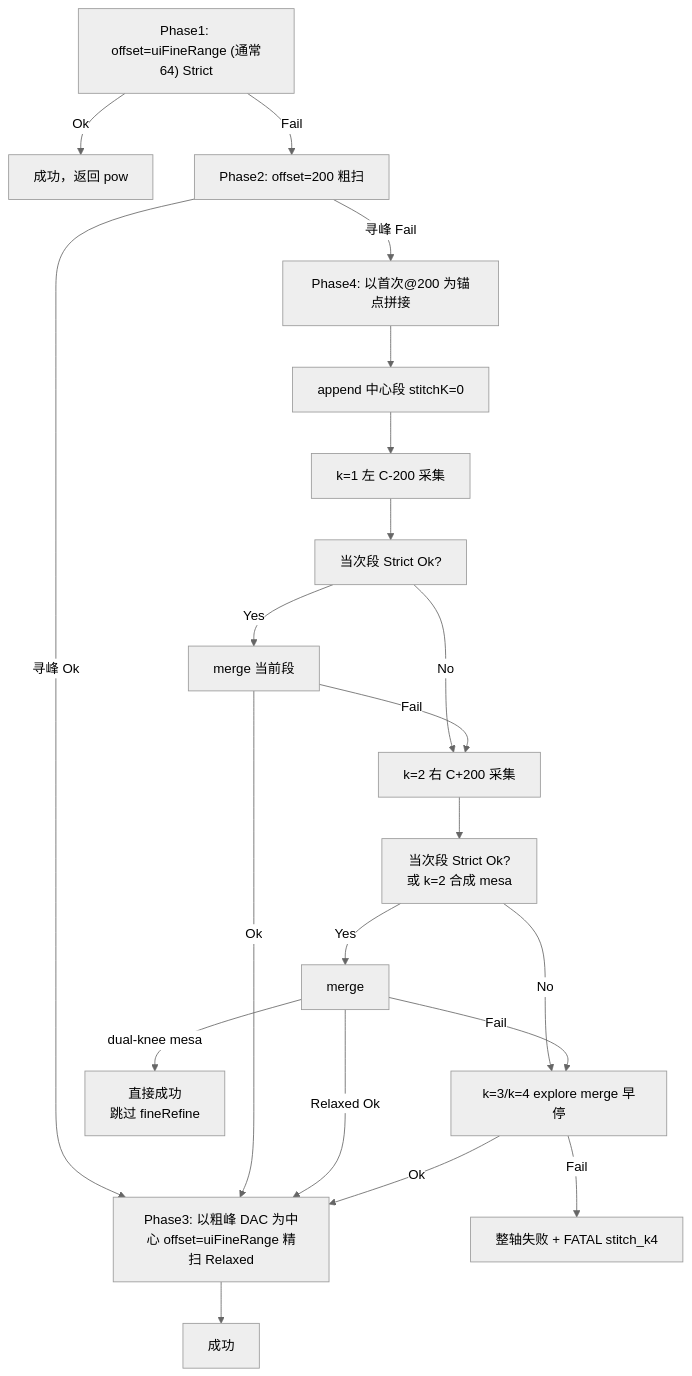
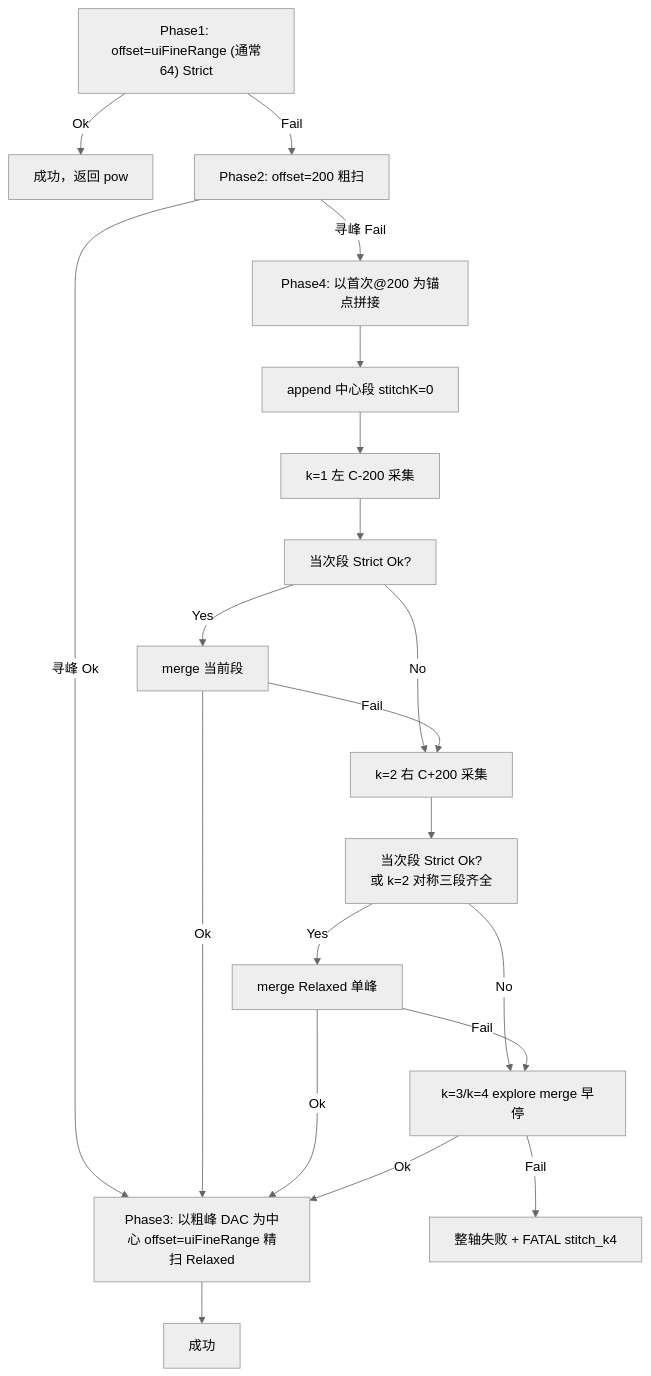
Before and after one commit to JacobLiou/Molex.OSBU.Module.M576Tool: the diagram in doc/拼接式扫频重试算法.md, drawn with Mermaid (neutral theme). The commit also changed other lines of this file and 34 other files, not shown here.

````diff
--- a/doc/拼接式扫频重试算法.md
+++ b/doc/拼接式扫频重试算法.md
@@ -26,23 +26,22 @@
 ```mermaid
 flowchart TD
   A["Phase1: offset=uiFineRange (通常64) Strict"] -->|Ok| OK64[成功，返回 pow]
   A -->|Fail| B["Phase2: offset=200 粗扫"]
   B -->|寻峰 Ok| C["Phase3: 以粗峰 DAC 为中心 offset=uiFineRange 精扫 Relaxed"]
   C --> OKfine[成功]
   B -->|寻峰 Fail| D["Phase4: 以首次@200 为锚点拼接"]
   D --> C0["append 中心段 stitchK=0"]
   C0 --> S1["k=1 左 C-200 采集"]
   S1 --> G1["当次段 Strict Ok?"]
   G1 -->|No| S2["k=2 右 C+200 采集"]
   G1 -->|Yes| M1["merge 当前段"]
   M1 -->|Ok| C
   M1 -->|Fail| S2
-  S2 --> G2["当次段 Strict Ok?\n或 k=2 合成 mesa"]
+  S2 --> G2["当次段 Strict Ok?\n或 k=2 对称三段齐全"]
   G2 -->|No| E1["k=3/k=4 explore"]
-  G2 -->|Yes| M2["merge"]
-  M2 -->|dual-knee mesa| OKmesa["直接成功\n跳过 fineRefine"]
-  M2 -->|Relaxed Ok| C
+  G2 -->|Yes| M2["merge Relaxed 单峰"]
+  M2 -->|Ok| C
   M2 -->|Fail| E1["k=3/k=4 explore merge 早停"]
   E1 -->|Ok| C
   E1 -->|Fail| FAIL["整轴失败 + FATAL stitch_k4"]
 ```
````
